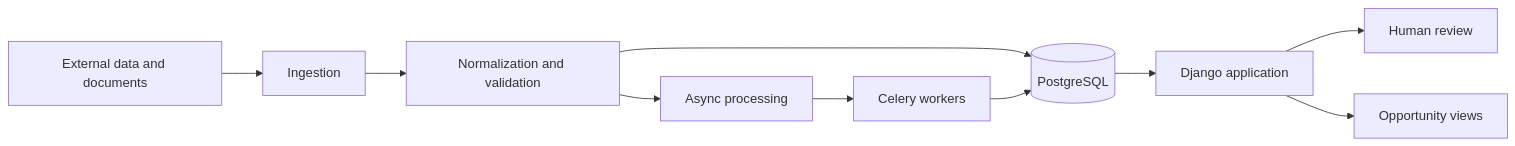
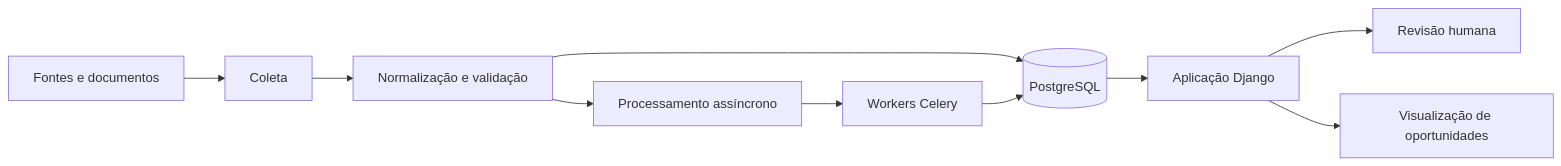
Before and after one commit to Breno3B/seu-leilao-showcase: the diagram in README.md, drawn with Mermaid. The commit also changed other lines of this file and 11 other files, not shown here.

````diff
--- a/README.md
+++ b/README.md
@@ -51,14 +46,12 @@
 ```mermaid
 flowchart LR
-    S[External data and documents] --> I[Ingestion]
-    I --> N[Normalization and validation]
+    S[Fontes e documentos] --> I[Coleta]
+    I --> N[Normalização e validação]
     N --> DB[(PostgreSQL)]
-
-    N --> Q[Async processing]
-    Q --> W[Celery workers]
+    N --> Q[Processamento assíncrono]
+    Q --> W[Workers Celery]
     W --> DB
-
-    DB --> A[Django application]
-    A --> H[Human review]
-    A --> O[Opportunity views]
+    DB --> A[Aplicação Django]
+    A --> H[Revisão humana]
+    A --> O[Visualização de oportunidades]
 ```
````
